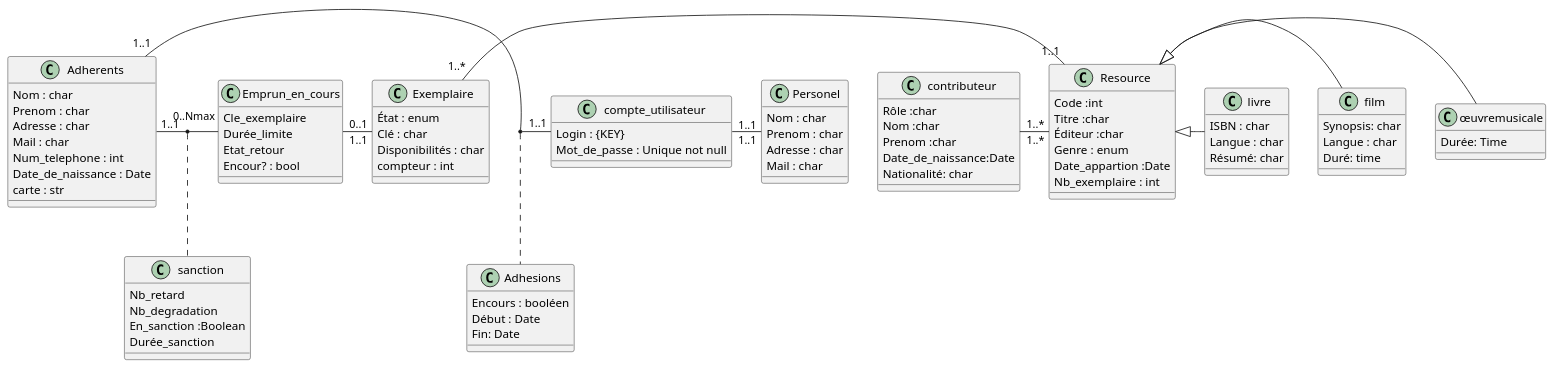
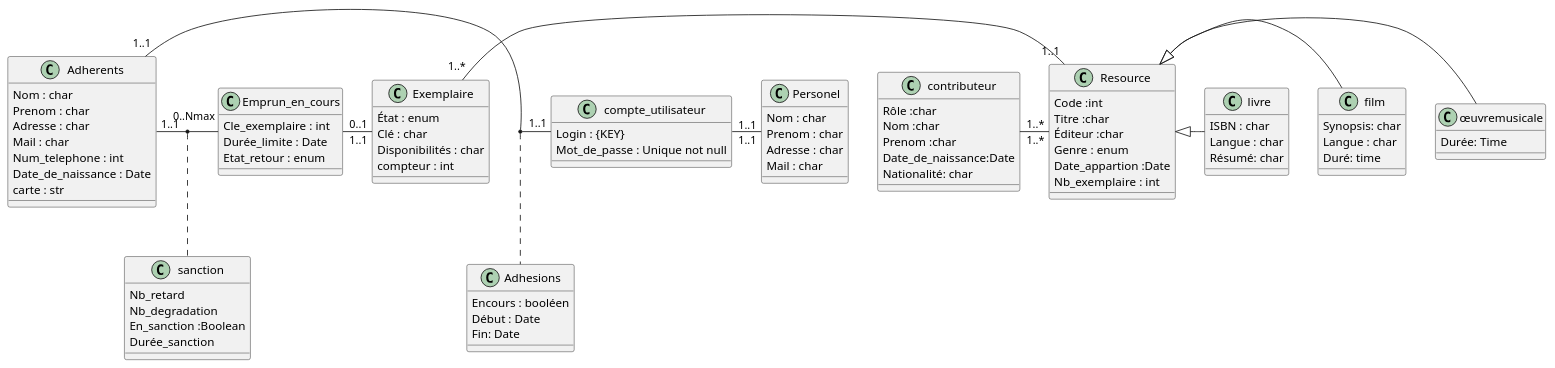
The diagram in Rendu1/UML.plantuml (opoussin/ProjetBDD_Gestion_Bibliotheque), drawn with PlantUML before and after one commit.

```diff
--- a/Rendu1/UML.plantuml
+++ b/Rendu1/UML.plantuml
@@ -1,103 +1,97 @@
 @startuml
 class Adhesions {
 Encours : booléen 
 Début : Date
 Fin: Date
 }
 
 class Adherents{
 Nom : char
 Prenom : char 
 Adresse : char 
 Mail : char
 Num_telephone : int
 Date_de_naissance : Date
 carte : str 
 }
 
 class Personel{
 Nom : char
 Prenom : char 
 Adresse : char 
 Mail : char
 }
 
 class Exemplaire {
 État : enum
 Clé : char 
 Disponibilités : char 
 compteur : int 
 }
 
 Class Resource { 
 Code :int 
 Titre :char
 Éditeur :char
 Genre : enum
 Date_appartion :Date
 Nb_exemplaire : int
 }
 
-
-
 class livre {
 ISBN : char
 Langue : char 
 Résumé: char 
 }
 
 class film {
 Synopsis: char
 Langue : char 
 Duré: time  
 }
 
-
-
 class œuvremusicale { 
 Durée: Time
 }
 
 Class compte_utilisateur{
 Login : {KEY}
 Mot_de_passe : Unique not null
 }
 
-
-
 Class sanction{
 Nb_retard
 Nb_degradation 
 En_sanction :Boolean 
 Durée_sanction 
 }
 
+Class Emprun_en_cours{
+Cle_exemplaire : int
+Durée_limite : Date
+Etat_retour : enum
+}
 
-
-Class Emprun_en_cours{
-Cle_exemplaire
-Durée_limite 
-Etat_retour
-Encour? : bool
-}
 Class contributeur{
 Rôle :char
 Nom :char
 Prenom :char
 Date_de_naissance:Date 
 Nationalité: char
 }
+
 Resource <|- œuvremusicale
 Resource <|- film
 Resource <|- livre
 
-
 Adherents "1..1" - "1..1" compte_utilisateur 
 (Adherents , compte_utilisateur ) .. Adhesions
+
 Emprun_en_cours "0..1" - "1..1" Exemplaire
 contributeur "1..*" - "1..*" Resource
 Adherents "1..1" - "0..Nmax" Emprun_en_cours 
 (Adherents , Emprun_en_cours ) .. sanction
+
 compte_utilisateur "1..1" - "1..1" Personel
 Exemplaire "1..*" - "1..1" Resource
 @enduml
```
